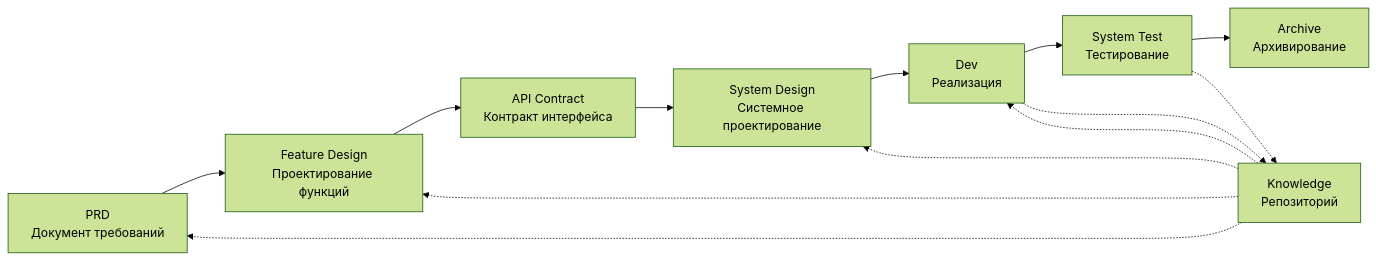
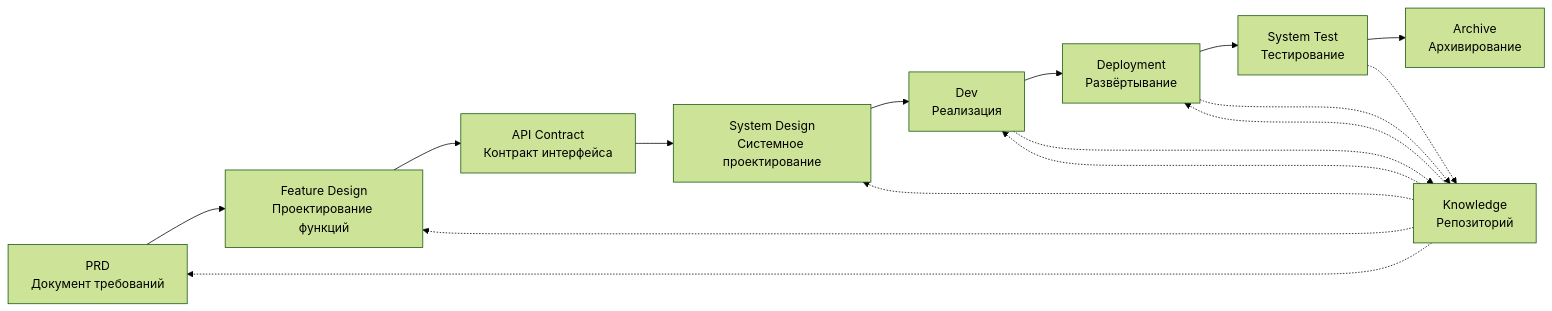
Before and after one commit to charlesmu99/speccrew: the diagram in README.ru.md, drawn with Mermaid (forest theme). The commit also changed other lines of this file and 35 other files, not shown here.

````diff
--- a/README.ru.md
+++ b/README.ru.md
@@ -166,17 +166,20 @@
 ```mermaid
 graph LR
     A[PRD<br/>Документ требований] --> B[Feature Design<br/>Проектирование функций]
     B --> C[API Contract<br/>Контракт интерфейса]
     C --> D[System Design<br/>Системное проектирование]
     D --> E[Dev<br/>Реализация]
-    E --> F[System Test<br/>Тестирование]
-    F --> G[Archive<br/>Архивирование]
+    E --> F[Deployment<br/>Развёртывание]
+    F --> G[System Test<br/>Тестирование]
+    G --> H[Archive<br/>Архивирование]
     
-    H[Knowledge<br/>Репозиторий] -.-> A
-    H -.-> B
-    H -.-> D
-    H -.-> E
+    I[Knowledge<br/>Репозиторий] -.-> A
+    I -.-> B
+    I -.-> D
+    I -.-> E
+    I -.-> F
     
-    E -.-> H
-    F -.-> H
+    E -.-> I
+    F -.-> I
+    G -.-> I
 ```
````
